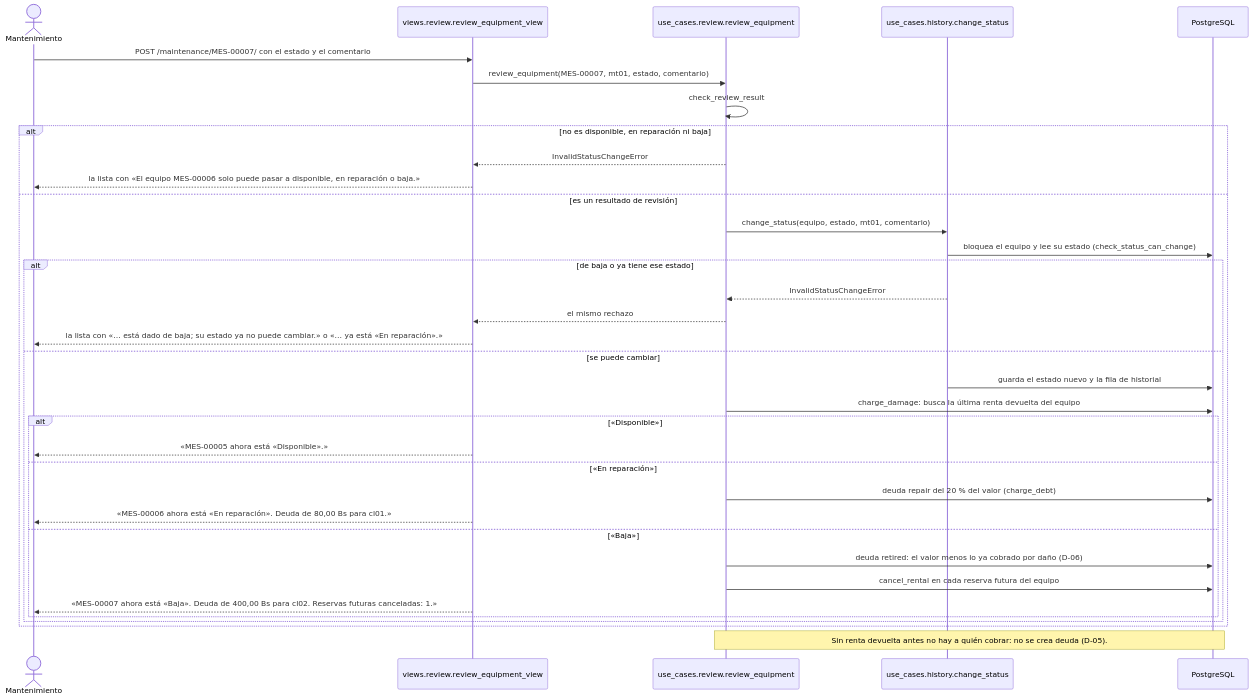
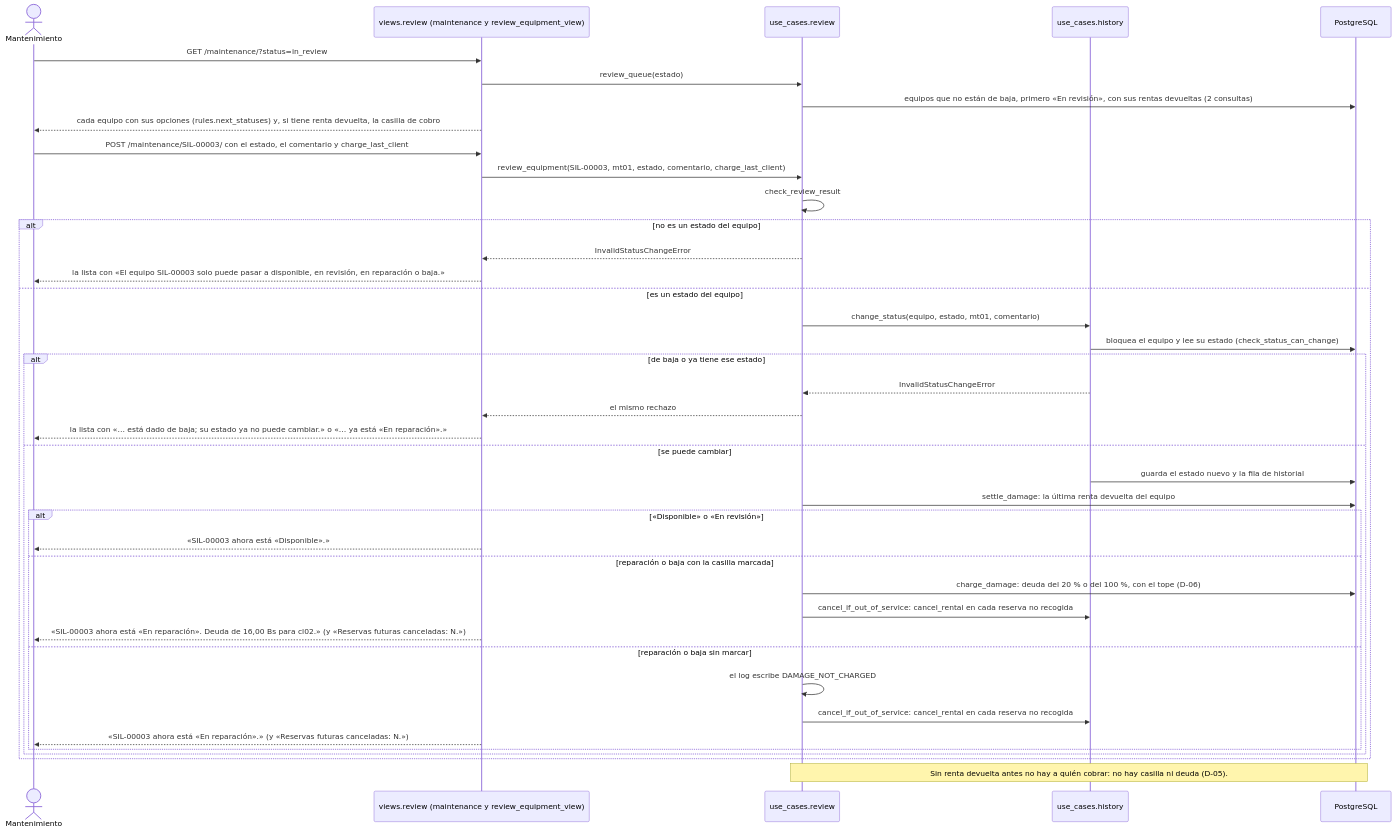
Diagram 11 of 20 in docs/casos-de-uso.md (peterteranb/astra-rent-system), drawn with Mermaid before and after one commit. The commit also changed other lines of this file and 6 other files, not shown here.

Commit message:
docs: update use cases, states and API to the final rules

````diff
--- a/docs/casos-de-uso.md
+++ b/docs/casos-de-uso.md
@@ -547,37 +557,42 @@
 ```mermaid
 sequenceDiagram
     actor T as Mantenimiento
-    participant V as views.review.review_equipment_view
-    participant U as use_cases.review.review_equipment
-    participant H as use_cases.history.change_status
+    participant V as views.review (maintenance y review_equipment_view)
+    participant U as use_cases.review
+    participant H as use_cases.history
     participant BD as PostgreSQL
-    T->>V: POST /maintenance/MES-00007/ con el estado y el comentario
-    V->>U: review_equipment(MES-00007, mt01, estado, comentario)
+    T->>V: GET /maintenance/?status=in_review
+    V->>U: review_queue(estado)
+    U->>BD: equipos que no están de baja, primero «En revisión», con sus rentas devueltas (2 consultas)
+    V-->>T: cada equipo con sus opciones (rules.next_statuses) y, si tiene renta devuelta, la casilla de cobro
+    T->>V: POST /maintenance/SIL-00003/ con el estado, el comentario y charge_last_client
+    V->>U: review_equipment(SIL-00003, mt01, estado, comentario, charge_last_client)
     U->>U: check_review_result
-    alt no es disponible, en reparación ni baja
+    alt no es un estado del equipo
         U-->>V: InvalidStatusChangeError
-        V-->>T: la lista con «El equipo MES-00006 solo puede pasar a disponible, en reparación o baja.»
-    else es un resultado de revisión
+        V-->>T: la lista con «El equipo SIL-00003 solo puede pasar a disponible, en revisión, en reparación o baja.»
+    else es un estado del equipo
         U->>H: change_status(equipo, estado, mt01, comentario)
         H->>BD: bloquea el equipo y lee su estado (check_status_can_change)
         alt de baja o ya tiene ese estado
             H-->>U: InvalidStatusChangeError
             U-->>V: el mismo rechazo
             V-->>T: la lista con «… está dado de baja#59; su estado ya no puede cambiar.» o «… ya está «En reparación».»
         else se puede cambiar
             H->>BD: guarda el estado nuevo y la fila de historial
-            U->>BD: charge_damage: busca la última renta devuelta del equipo
-            alt «Disponible»
-                V-->>T: «MES-00005 ahora está «Disponible».»
-            else «En reparación»
-                U->>BD: deuda repair del 20 % del valor (charge_debt)
-                V-->>T: «MES-00006 ahora está «En reparación». Deuda de 80,00 Bs para cl01.»
-            else «Baja»
-                U->>BD: deuda retired: el valor menos lo ya cobrado por daño (D-06)
-                U->>BD: cancel_rental en cada reserva futura del equipo
-                V-->>T: «MES-00007 ahora está «Baja». Deuda de 400,00 Bs para cl02. Reservas futuras canceladas: 1.»
+            U->>BD: settle_damage: la última renta devuelta del equipo
+            alt «Disponible» o «En revisión»
+                V-->>T: «SIL-00003 ahora está «Disponible».»
+            else reparación o baja con la casilla marcada
+                U->>BD: charge_damage: deuda del 20 % o del 100 %, con el tope (D-06)
+                U->>H: cancel_if_out_of_service: cancel_rental en cada reserva no recogida
+                V-->>T: «SIL-00003 ahora está «En reparación». Deuda de 16,00 Bs para cl02.» (y «Reservas futuras canceladas: N.»)
+            else reparación o baja sin marcar
+                U->>U: el log escribe DAMAGE_NOT_CHARGED
+                U->>H: cancel_if_out_of_service: cancel_rental en cada reserva no recogida
+                V-->>T: «SIL-00003 ahora está «En reparación».» (y «Reservas futuras canceladas: N.»)
             end
         end
     end
-    Note over U,BD: Sin renta devuelta antes no hay a quién cobrar: no se crea deuda (D-05).
+    Note over U,BD: Sin renta devuelta antes no hay a quién cobrar: no hay casilla ni deuda (D-05).
 ```
````
